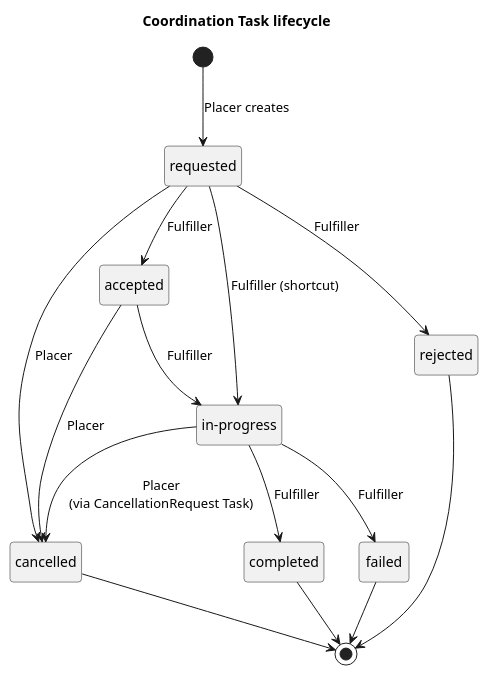
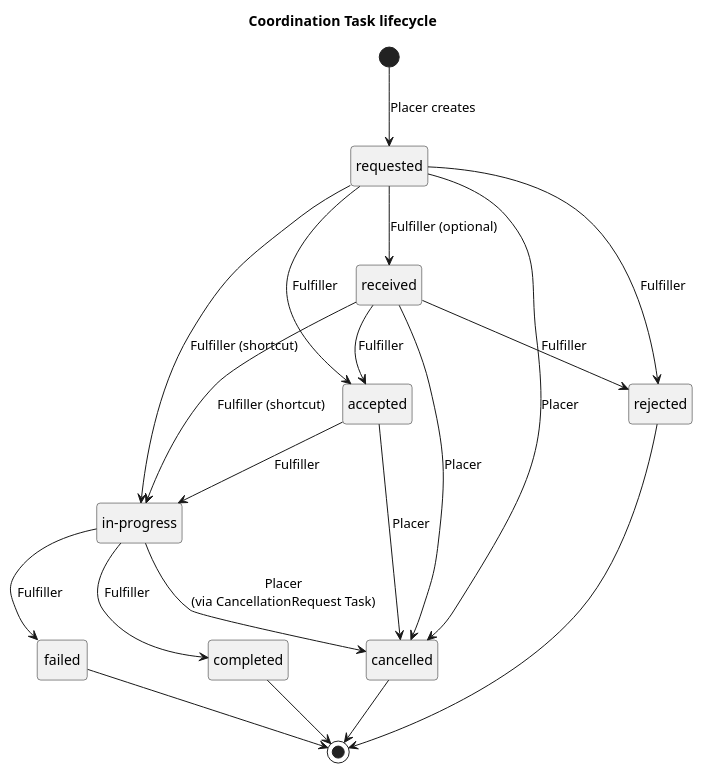
Before and after one commit to nuts-foundation/nl-generic-functions-ig: the diagram in input/images-source/clinical-workflow-task-lifecycle.plantuml, drawn with PlantUML. The commit also changed 7 other files, not shown here.

```diff
--- a/input/images-source/clinical-workflow-task-lifecycle.plantuml
+++ b/input/images-source/clinical-workflow-task-lifecycle.plantuml
@@ -5,34 +5,41 @@
 @startuml clinical-workflow-task-lifecycle
 
 title "Coordination Task lifecycle"
 hide empty description
 skinparam roundCorner 7
 
 state requested
+state received
 state accepted
 state "in-progress" as inprogress
 state rejected
 state cancelled
 state completed
 state failed
 
 [*] --> requested : Placer creates
 
+requested --> received    : Fulfiller (optional)
 requested --> accepted    : Fulfiller
 requested --> inprogress  : Fulfiller (shortcut)
 requested --> rejected    : Fulfiller
 requested --> cancelled   : Placer
+
+received --> accepted     : Fulfiller
+received --> inprogress   : Fulfiller (shortcut)
+received --> rejected     : Fulfiller
+received --> cancelled    : Placer
 
 accepted --> inprogress   : Fulfiller
 accepted --> cancelled    : Placer
 
 inprogress --> completed  : Fulfiller
 inprogress --> failed     : Fulfiller
 inprogress --> cancelled  : Placer\n(via CancellationRequest Task)
 
 rejected  --> [*]
 cancelled --> [*]
 completed --> [*]
 failed    --> [*]
 
 @enduml
```
